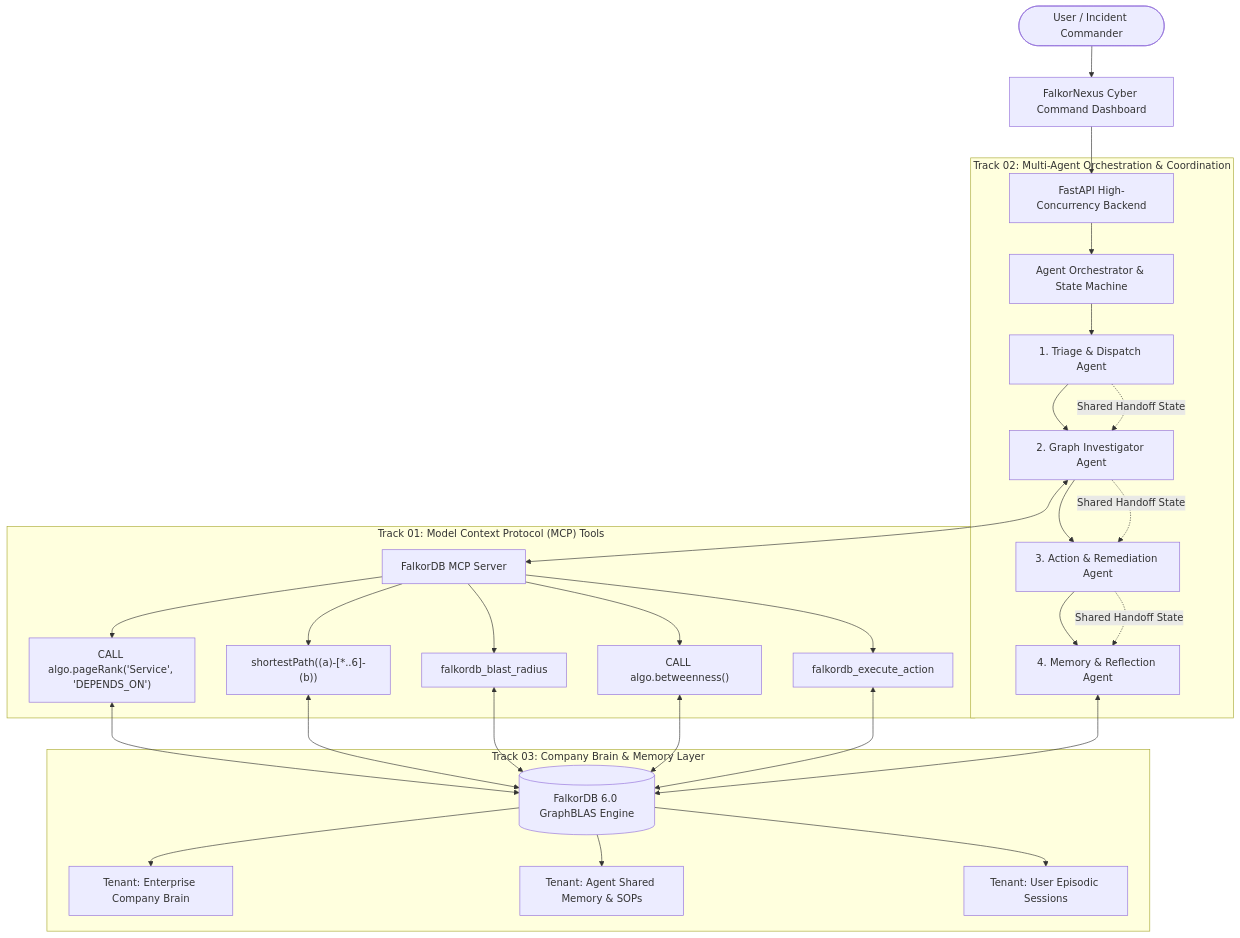
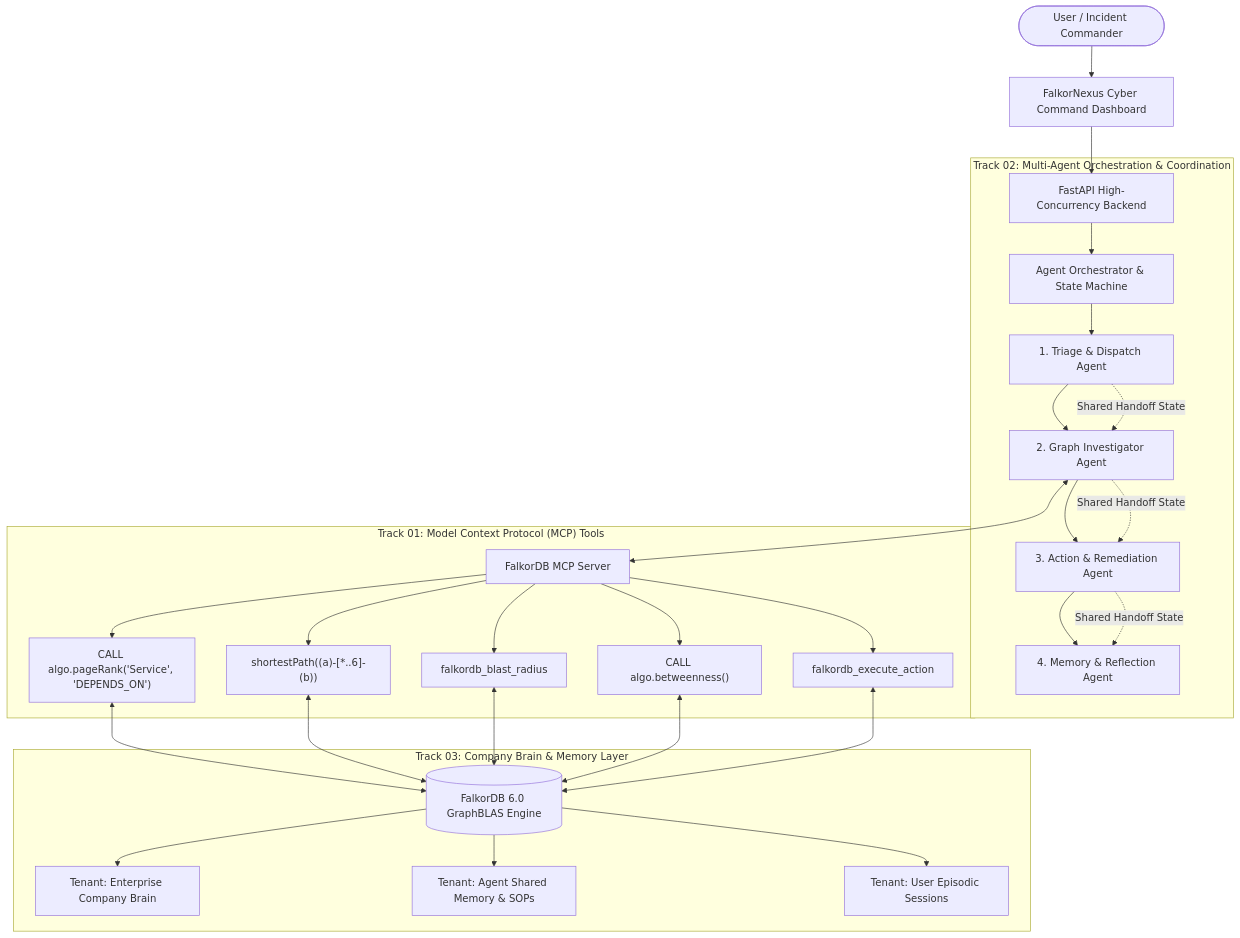
One commit to jeeva5655/falkor-nexus changed the first of 2 diagrams in README.md. Above: the diagram before and after it, drawn with Mermaid. The commit also changed other lines of this file and 5 other files, not shown here.

Commit message:
docs & feat: comply with Rules 3, 10, and 11 (FalkorDBGraphNamespace live write-through, data model schema, core Cypher queries, and AI assistant disclosure)

````diff
--- a/README.md
+++ b/README.md
@@ -23,41 +23,40 @@
 ```mermaid
 graph TD
     User([User / Incident Commander]) --> WebUI[FalkorNexus Cyber Command Dashboard]
     WebUI --> API[FastAPI High-Concurrency Backend]
 
     subgraph "Track 02: Multi-Agent Orchestration & Coordination"
         API --> Orchestrator[Agent Orchestrator & State Machine]
         Orchestrator --> Triage[1. Triage & Dispatch Agent]
         Triage --> Invest[2. Graph Investigator Agent]
         Invest --> Action[3. Action & Remediation Agent]
         Action --> Memory[4. Memory & Reflection Agent]
 
         Triage -. Shared Handoff State .-> Invest
         Invest -. Shared Handoff State .-> Action
         Action -. Shared Handoff State .-> Memory
     end
 
     subgraph "Track 01: Model Context Protocol (MCP) Tools"
         MCPServer[FalkorDB MCP Server]
         Invest <--> MCPServer
         MCPServer --> Tool1["CALL algo.pageRank('Service', 'DEPENDS_ON')"]
         MCPServer --> Tool2["shortestPath((a)-[*..6]-(b))"]
         MCPServer --> Tool3["falkordb_blast_radius"]
         MCPServer --> Tool4["CALL algo.betweenness()"]
         MCPServer --> Tool5["falkordb_execute_action"]
     end
 
     subgraph "Track 03: Company Brain & Memory Layer"
         FalkorDB[(FalkorDB 6.0 GraphBLAS Engine)]
         FalkorDB --> Multigraph1[Tenant: Enterprise Company Brain]
         FalkorDB --> Multigraph2[Tenant: Agent Shared Memory & SOPs]
         FalkorDB --> Multigraph3[Tenant: User Episodic Sessions]
     end
 
     Tool1 <--> FalkorDB
     Tool2 <--> FalkorDB
     Tool3 <--> FalkorDB
     Tool4 <--> FalkorDB
     Tool5 <--> FalkorDB
-    Memory <--> FalkorDB
 ```
````
